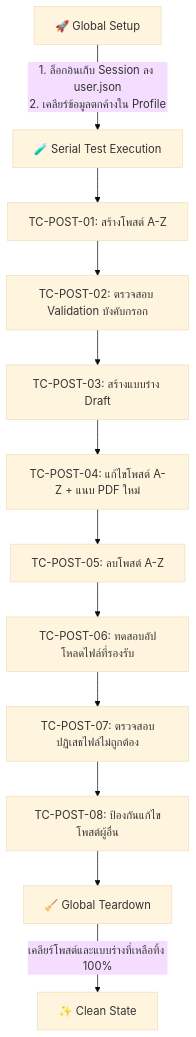
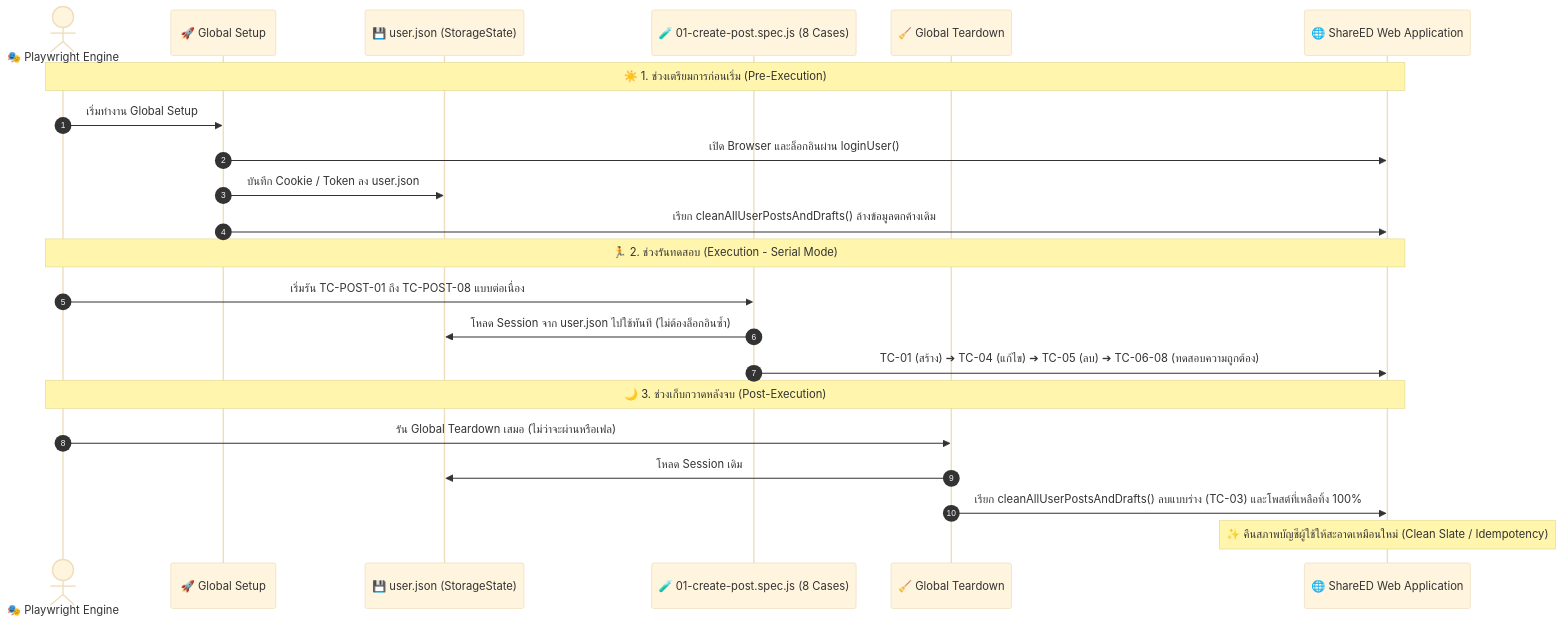
One commit to eyejangg/Testing-ShareED-Automate changed the diagram in playwright.md. Above: the diagram before and after it, drawn with Mermaid (base theme). The commit also changed other lines of this file, not shown here.

Commit message:
docs: update comprehensive playwright.md guide with file-by-file breakdown and architecture details

````diff
--- a/playwright.md
+++ b/playwright.md
@@ -24,14 +29,27 @@
 ```mermaid
-flowchart TD
-    A[🚀 Global Setup] -->|1. ล็อกอินเก็บ Session ลง user.json<br>2. เคลียร์ข้อมูลตกค้างใน Profile| B[🧪 Serial Test Execution]
-    B --> TC1[TC-POST-01: สร้างโพสต์ A-Z]
-    TC1 --> TC2[TC-POST-02: ตรวจสอบ Validation บังคับกรอก]
-    TC2 --> TC3[TC-POST-03: สร้างแบบร่าง Draft]
-    TC3 --> TC4[TC-POST-04: แก้ไขโพสต์ A-Z + แนบ PDF ใหม่]
-    TC4 --> TC5[TC-POST-05: ลบโพสต์ A-Z]
-    TC5 --> TC6[TC-POST-06: ทดสอบอัปโหลดไฟล์ที่รองรับ]
-    TC6 --> TC7[TC-POST-07: ตรวจสอบปฏิเสธไฟล์ไม่ถูกต้อง]
-    TC7 --> TC8[TC-POST-08: ป้องกันแก้ไขโพสต์ผู้อื่น]
-    TC8 --> C[🧹 Global Teardown]
-    C -->|เคลียร์โพสต์และแบบร่างที่เหลือทิ้ง 100%| D[✨ Clean State]
+sequenceDiagram
+    autonumber
+    actor Playwright as 🎭 Playwright Engine
+    participant Setup as 🚀 Global Setup
+    participant Auth as 💾 user.json (StorageState)
+    participant Tests as 🧪 01-create-post.spec.js (8 Cases)
+    participant Teardown as 🧹 Global Teardown
+    participant Web as 🌐 ShareED Web Application
+
+    Note over Playwright,Web: ☀️ 1. ช่วงเตรียมการก่อนเริ่ม (Pre-Execution)
+    Playwright->>Setup: เริ่มทำงาน Global Setup
+    Setup->>Web: เปิด Browser และล็อกอินผ่าน loginUser()
+    Setup->>Auth: บันทึก Cookie / Token ลง user.json
+    Setup->>Web: เรียก cleanAllUserPostsAndDrafts() ล้างข้อมูลตกค้างเดิม
+
+    Note over Playwright,Web: 🏃 2. ช่วงรันทดสอบ (Execution - Serial Mode)
+    Playwright->>Tests: เริ่มรัน TC-POST-01 ถึง TC-POST-08 แบบต่อเนื่อง
+    Tests->>Auth: โหลด Session จาก user.json ไปใช้ทันที (ไม่ต้องล็อกอินซ้ำ)
+    Tests->>Web: TC-01 (สร้าง) ➔ TC-04 (แก้ไข) ➔ TC-05 (ลบ) ➔ TC-06-08 (ทดสอบความถูกต้อง)
+
+    Note over Playwright,Web: 🌙 3. ช่วงเก็บกวาดหลังจบ (Post-Execution)
+    Playwright->>Teardown: รัน Global Teardown เสมอ (ไม่ว่าจะผ่านหรือเฟล)
+    Teardown->>Auth: โหลด Session เดิม
+    Teardown->>Web: เรียก cleanAllUserPostsAndDrafts() ลบแบบร่าง (TC-03) และโพสต์ที่เหลือทิ้ง 100%
+    Note over Web: ✨ คืนสภาพบัญชีผู้ใช้ให้สะอาดเหมือนใหม่ (Clean Slate / Idempotency)
 ```
````
